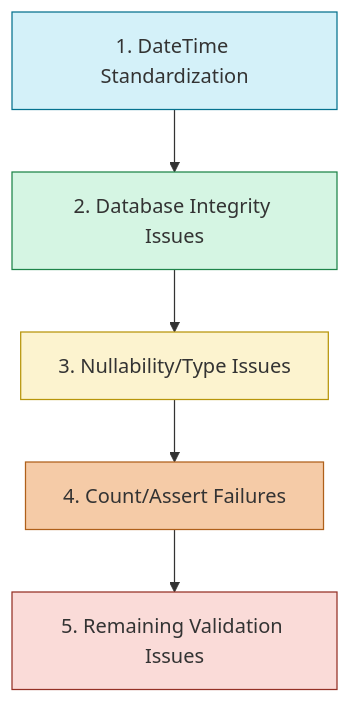
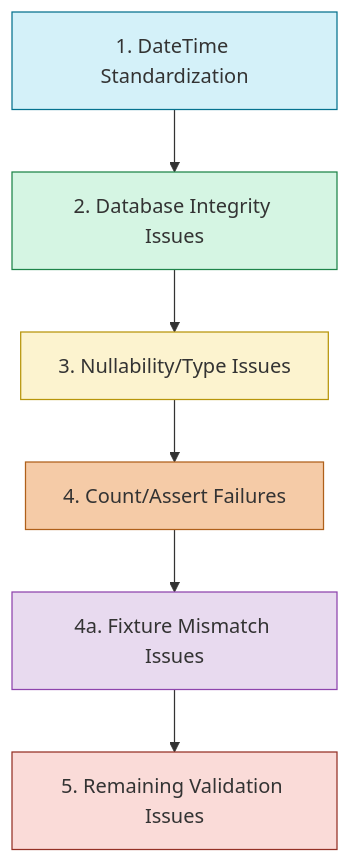
Before and after one commit to AstroMined/debtonator: the diagram in docs/test_failure_resolution_plan.md, drawn with Mermaid. The commit also changed other lines of this file and 11 other files, not shown here.

````diff
--- a/docs/test_failure_resolution_plan.md
+++ b/docs/test_failure_resolution_plan.md
@@ -19,13 +20,15 @@
 ```mermaid
 flowchart TD
     A[1. DateTime Standardization] --> B[2. Database Integrity Issues]
     B --> C[3. Nullability/Type Issues]
     C --> D[4. Count/Assert Failures]
-    D --> E[5. Remaining Validation Issues]
+    D --> F[4a. Fixture Mismatch Issues]
+    F --> E[5. Remaining Validation Issues]
     
     style A fill:#d4f1f9,stroke:#05728f
     style B fill:#d5f5e3,stroke:#1e8449
     style C fill:#fcf3cf,stroke:#b7950b
     style D fill:#f5cba7,stroke:#af601a
+    style F fill:#e8daef,stroke:#8e44ad
     style E fill:#fadbd8,stroke:#943126
 ```
````
